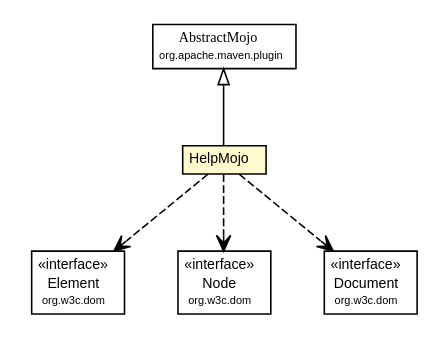
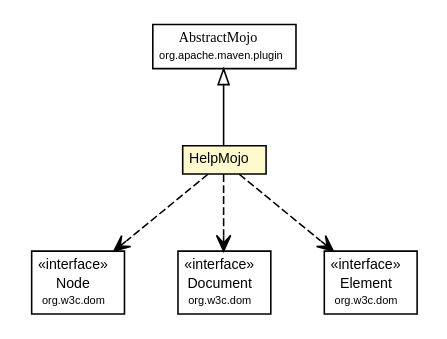
One commit to scoverage/scoverage-maven-plugin changed the diagram in 1.1.0-SNAPSHOT/apidocs/org/scoverage/plugin/HelpMojo.dot. Above: the diagram before and after it, drawn with Graphviz. The commit also changed 111 other files, not shown here.

```diff
--- a/1.1.0-SNAPSHOT/apidocs/org/scoverage/plugin/HelpMojo.dot
+++ b/1.1.0-SNAPSHOT/apidocs/org/scoverage/plugin/HelpMojo.dot
@@ -1,57 +1,57 @@
 #!/usr/local/bin/dot
 #
 # Class diagram 
 # Generated by UMLGraph version R5_6-24-gf6e263 (http://www.umlgraph.org/)
 #
 
 digraph G {
 	edge [fontname="arial",fontsize=10,labelfontname="arial",labelfontsize=10];
 	node [fontname="arial",fontsize=10,shape=plaintext];
 	nodesep=0.25;
 	ranksep=0.5;
 	// org.scoverage.plugin.HelpMojo
-	c17 [label=<<table title="org.scoverage.plugin.HelpMojo" border="0" cellborder="1" cellspacing="0" cellpadding="2" port="p" bgcolor="lemonChiffon" href="./HelpMojo.html">
+	c18 [label=<<table title="org.scoverage.plugin.HelpMojo" border="0" cellborder="1" cellspacing="0" cellpadding="2" port="p" bgcolor="lemonChiffon" href="./HelpMojo.html">
 		<tr><td><table border="0" cellspacing="0" cellpadding="1">
 <tr><td align="center" balign="center"> HelpMojo </td></tr>
 		</table></td></tr>
 		</table>>, URL="./HelpMojo.html", fontname="arial", fontcolor="black", fontsize=9.0];
 	//org.scoverage.plugin.HelpMojo extends org.apache.maven.plugin.AbstractMojo
-	c50:p -> c17:p [dir=back,arrowtail=empty];
+	c53:p -> c18:p [dir=back,arrowtail=empty];
+	// org.scoverage.plugin.HelpMojo DEPEND org.w3c.dom.Node
+	c18:p -> c55:p [taillabel="", label="", headlabel="", fontname="arial", fontcolor="black", fontsize=10.0, color="black", arrowhead=open, style=dashed];
+	// org.scoverage.plugin.HelpMojo DEPEND org.w3c.dom.Document
+	c18:p -> c56:p [taillabel="", label="", headlabel="", fontname="arial", fontcolor="black", fontsize=10.0, color="black", arrowhead=open, style=dashed];
 	// org.scoverage.plugin.HelpMojo DEPEND org.w3c.dom.Element
-	c17:p -> c51:p [taillabel="", label="", headlabel="", fontname="arial", fontcolor="black", fontsize=10.0, color="black", arrowhead=open, style=dashed];
-	// org.scoverage.plugin.HelpMojo DEPEND org.w3c.dom.Node
-	c17:p -> c53:p [taillabel="", label="", headlabel="", fontname="arial", fontcolor="black", fontsize=10.0, color="black", arrowhead=open, style=dashed];
-	// org.scoverage.plugin.HelpMojo DEPEND org.w3c.dom.Document
-	c17:p -> c54:p [taillabel="", label="", headlabel="", fontname="arial", fontcolor="black", fontsize=10.0, color="black", arrowhead=open, style=dashed];
+	c18:p -> c57:p [taillabel="", label="", headlabel="", fontname="arial", fontcolor="black", fontsize=10.0, color="black", arrowhead=open, style=dashed];
+	// org.w3c.dom.Element
+	c57 [label=<<table title="org.w3c.dom.Element" border="0" cellborder="1" cellspacing="0" cellpadding="2" port="p" href="http://docs.oracle.com/javase/1.6.0/docs/api/org/w3c/dom/Element.html">
+		<tr><td><table border="0" cellspacing="0" cellpadding="1">
+<tr><td align="center" balign="center"> &#171;interface&#187; </td></tr>
+<tr><td align="center" balign="center"> Element </td></tr>
+<tr><td align="center" balign="center"><font point-size="7.0"> org.w3c.dom </font></td></tr>
+		</table></td></tr>
+		</table>>, URL="http://docs.oracle.com/javase/1.6.0/docs/api/org/w3c/dom/Element.html", fontname="arial", fontcolor="black", fontsize=9.0];
+	// org.w3c.dom.Document
+	c56 [label=<<table title="org.w3c.dom.Document" border="0" cellborder="1" cellspacing="0" cellpadding="2" port="p" href="http://docs.oracle.com/javase/1.6.0/docs/api/org/w3c/dom/Document.html">
+		<tr><td><table border="0" cellspacing="0" cellpadding="1">
+<tr><td align="center" balign="center"> &#171;interface&#187; </td></tr>
+<tr><td align="center" balign="center"> Document </td></tr>
+<tr><td align="center" balign="center"><font point-size="7.0"> org.w3c.dom </font></td></tr>
+		</table></td></tr>
+		</table>>, URL="http://docs.oracle.com/javase/1.6.0/docs/api/org/w3c/dom/Document.html", fontname="arial", fontcolor="black", fontsize=9.0];
+	// org.w3c.dom.Node
+	c55 [label=<<table title="org.w3c.dom.Node" border="0" cellborder="1" cellspacing="0" cellpadding="2" port="p" href="http://docs.oracle.com/javase/1.6.0/docs/api/org/w3c/dom/Node.html">
+		<tr><td><table border="0" cellspacing="0" cellpadding="1">
+<tr><td align="center" balign="center"> &#171;interface&#187; </td></tr>
+<tr><td align="center" balign="center"> Node </td></tr>
+<tr><td align="center" balign="center"><font point-size="7.0"> org.w3c.dom </font></td></tr>
+		</table></td></tr>
+		</table>>, URL="http://docs.oracle.com/javase/1.6.0/docs/api/org/w3c/dom/Node.html", fontname="arial", fontcolor="black", fontsize=9.0];
 	// org.apache.maven.plugin.AbstractMojo
-	c50 [label=<<table title="org.apache.maven.plugin.AbstractMojo" border="0" cellborder="1" cellspacing="0" cellpadding="2" port="p" href="http://maven.apache.org/ref/2.2.1/maven-plugin-api/apidocs/org/apache/maven/plugin/AbstractMojo.html">
+	c53 [label=<<table title="org.apache.maven.plugin.AbstractMojo" border="0" cellborder="1" cellspacing="0" cellpadding="2" port="p" href="http://maven.apache.org/ref/2.2.1/maven-plugin-api/apidocs/org/apache/maven/plugin/AbstractMojo.html">
 		<tr><td><table border="0" cellspacing="0" cellpadding="1">
 <tr><td align="center" balign="center"><font face="arial italic"> AbstractMojo </font></td></tr>
 <tr><td align="center" balign="center"><font point-size="7.0"> org.apache.maven.plugin </font></td></tr>
 		</table></td></tr>
 		</table>>, URL="http://maven.apache.org/ref/2.2.1/maven-plugin-api/apidocs/org/apache/maven/plugin/AbstractMojo.html", fontname="arial", fontcolor="black", fontsize=9.0];
-	// org.w3c.dom.Element
-	c51 [label=<<table title="org.w3c.dom.Element" border="0" cellborder="1" cellspacing="0" cellpadding="2" port="p" href="http://docs.oracle.com/javase/6/docs/api/org/w3c/dom/Element.html">
-		<tr><td><table border="0" cellspacing="0" cellpadding="1">
-<tr><td align="center" balign="center"> &#171;interface&#187; </td></tr>
-<tr><td align="center" balign="center"> Element </td></tr>
-<tr><td align="center" balign="center"><font point-size="7.0"> org.w3c.dom </font></td></tr>
-		</table></td></tr>
-		</table>>, URL="http://docs.oracle.com/javase/6/docs/api/org/w3c/dom/Element.html", fontname="arial", fontcolor="black", fontsize=9.0];
-	// org.w3c.dom.Node
-	c53 [label=<<table title="org.w3c.dom.Node" border="0" cellborder="1" cellspacing="0" cellpadding="2" port="p" href="http://docs.oracle.com/javase/6/docs/api/org/w3c/dom/Node.html">
-		<tr><td><table border="0" cellspacing="0" cellpadding="1">
-<tr><td align="center" balign="center"> &#171;interface&#187; </td></tr>
-<tr><td align="center" balign="center"> Node </td></tr>
-<tr><td align="center" balign="center"><font point-size="7.0"> org.w3c.dom </font></td></tr>
-		</table></td></tr>
-		</table>>, URL="http://docs.oracle.com/javase/6/docs/api/org/w3c/dom/Node.html", fontname="arial", fontcolor="black", fontsize=9.0];
-	// org.w3c.dom.Document
-	c54 [label=<<table title="org.w3c.dom.Document" border="0" cellborder="1" cellspacing="0" cellpadding="2" port="p" href="http://docs.oracle.com/javase/6/docs/api/org/w3c/dom/Document.html">
-		<tr><td><table border="0" cellspacing="0" cellpadding="1">
-<tr><td align="center" balign="center"> &#171;interface&#187; </td></tr>
-<tr><td align="center" balign="center"> Document </td></tr>
-<tr><td align="center" balign="center"><font point-size="7.0"> org.w3c.dom </font></td></tr>
-		</table></td></tr>
-		</table>>, URL="http://docs.oracle.com/javase/6/docs/api/org/w3c/dom/Document.html", fontname="arial", fontcolor="black", fontsize=9.0];
 }
```
